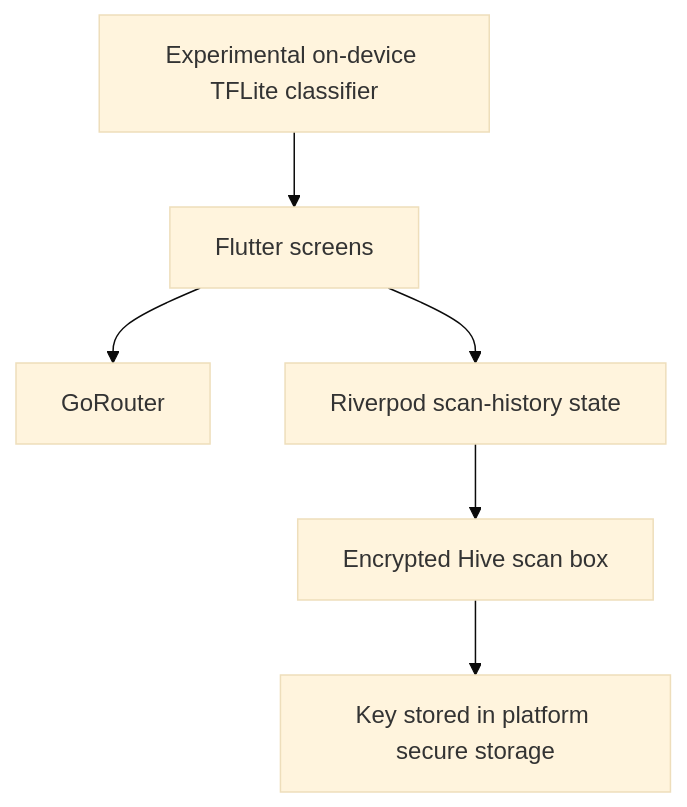
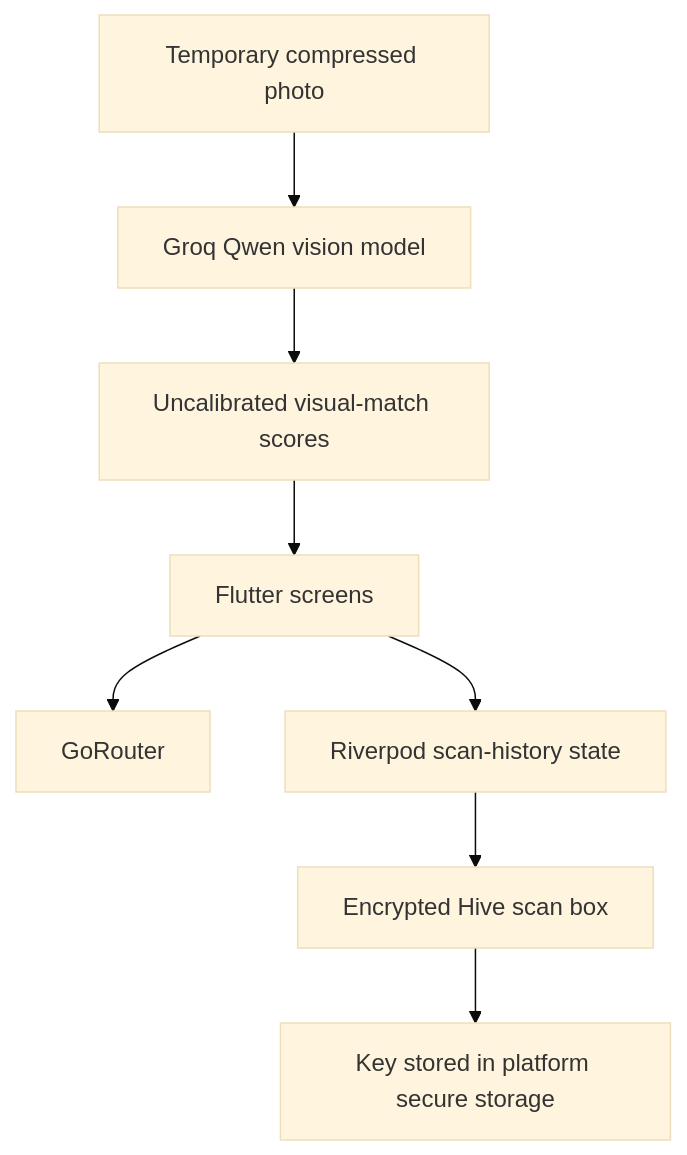
The diagram in README.md (Amunikeqtip/Skin-AI-Assist), drawn with Mermaid (base theme) before and after one commit. The commit also changed other lines of this file and 35 other files, not shown here.

````diff
--- a/README.md
+++ b/README.md
@@ -230,8 +273,10 @@
 ```mermaid
 flowchart TD
   Screens[Flutter screens] --> Router[GoRouter]
   Screens --> Providers[Riverpod scan-history state]
   Providers --> ScanStore[Encrypted Hive scan box]
   ScanStore --> Key[Key stored in platform secure storage]
-  Model[Experimental on-device TFLite classifier] --> Screens
+  Photo[Temporary compressed photo] --> Groq[Groq Qwen vision model]
+  Groq --> Scores[Uncalibrated visual-match scores]
+  Scores --> Screens
 ```
````
